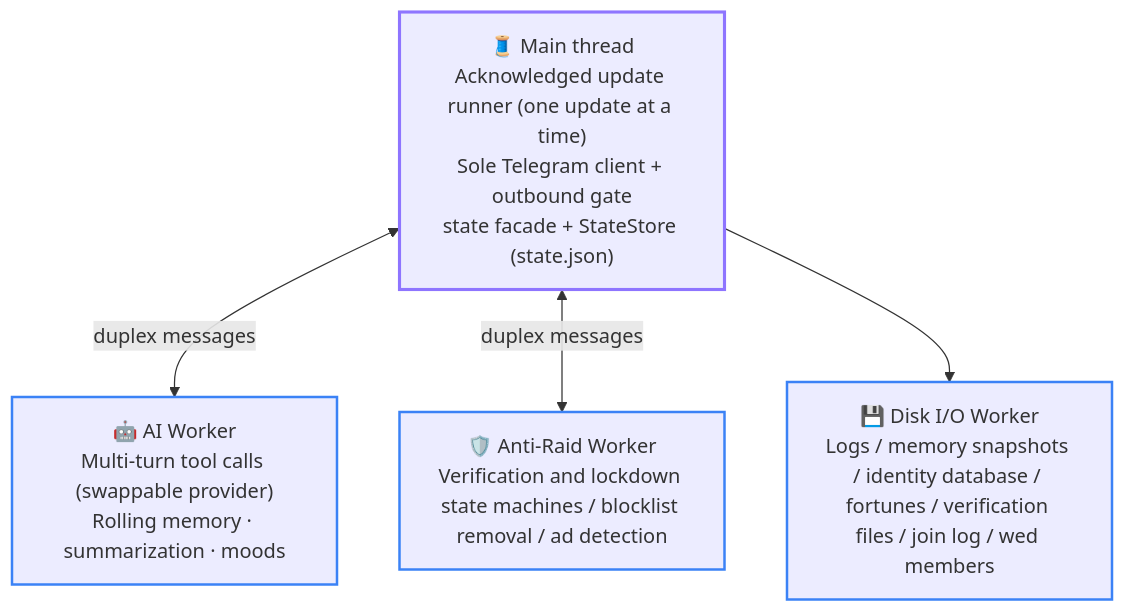
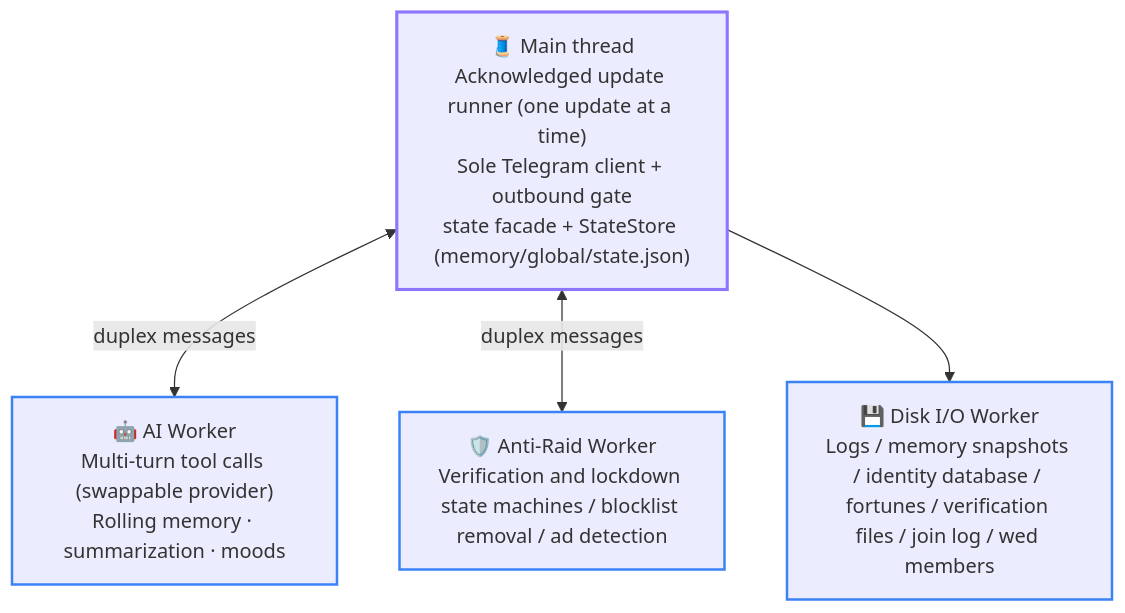
The first of 2 diagrams in docs/en/02-architecture.md (Asashishi/copy_ninjia), drawn with Mermaid before and after one commit. The commit also changed other lines of this file and 364 other files, not shown here.

````diff
--- a/docs/en/02-architecture.md
+++ b/docs/en/02-architecture.md
@@ -17,14 +17,14 @@
 ```mermaid
 flowchart TD
     classDef main stroke:#8e75ff,stroke-width:2.5px;
     classDef worker stroke:#3b82f6,stroke-width:2px;
 
-    MAIN["🧵 Main thread<br/>Acknowledged update runner (one update at a time)<br/>Sole Telegram client + outbound gate<br/>state facade + StateStore (state.json)"]:::main
+    MAIN["🧵 Main thread<br/>Acknowledged update runner (one update at a time)<br/>Sole Telegram client + outbound gate<br/>state facade + StateStore (memory/global/state.json)"]:::main
     AI["🤖 AI Worker<br/>Multi-turn tool calls (swappable provider)<br/>Rolling memory · summarization · moods"]:::worker
     RAID["🛡️ Anti-Raid Worker<br/>Verification and lockdown state machines / blocklist removal / ad detection"]:::worker
     DISK["💾 Disk I/O Worker<br/>Logs / memory snapshots / identity database / fortunes / verification files / join log / wed members"]:::worker
 
     MAIN <-->|duplex messages| AI
     MAIN <-->|duplex messages| RAID
     MAIN --> DISK
 ```
````
